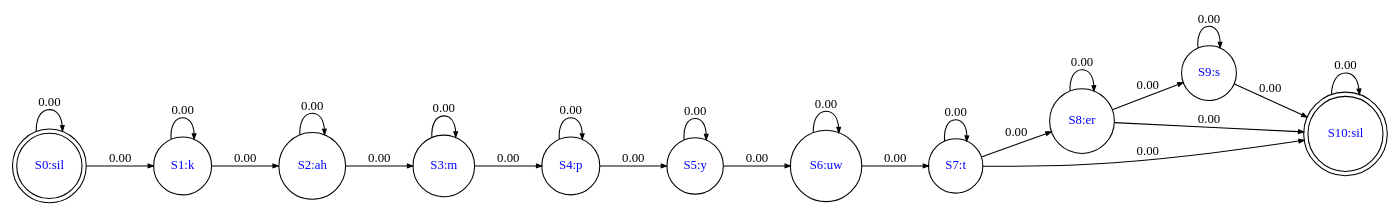
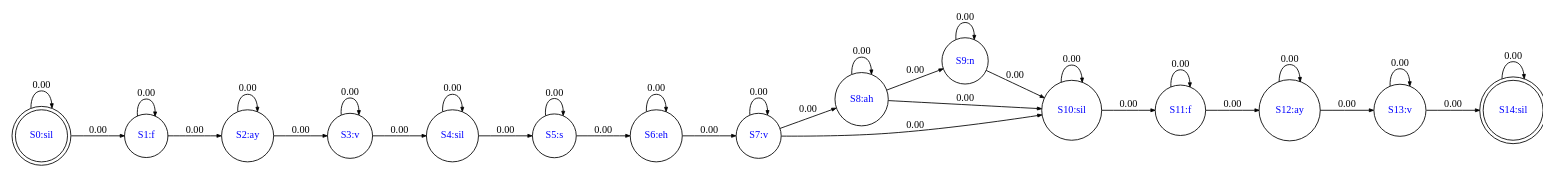
Before and after one commit to compi1234/spchlab: the diagram in lab09_hmm2/HMM.gv, drawn with Graphviz. The commit also changed 5 other files, not shown here.

```diff
--- a/lab09_hmm2/HMM.gv
+++ b/lab09_hmm2/HMM.gv
@@ -1,40 +1,52 @@
 digraph HMM {
 	rank=same rankdir=LR size=20 splines=true
 	node [fillcolor=blue fontcolor=blue fontsize=12 group=base shape=circle]
 	edge [arrowsize=0.5 fontsize=12]
-	S1 [label="S1:k"]
-	S2 [label="S2:ah"]
-	S3 [label="S3:m"]
-	S4 [label="S4:p"]
-	S5 [label="S5:y"]
-	S6 [label="S6:uw"]
-	S7 [label="S7:t"]
-	S8 [label="S8:er"]
-	S9 [label="S9:s"]
+	S1 [label="S1:f"]
+	S2 [label="S2:ay"]
+	S3 [label="S3:v"]
+	S4 [label="S4:sil"]
+	S5 [label="S5:s"]
+	S6 [label="S6:eh"]
+	S7 [label="S7:v"]
+	S8 [label="S8:ah"]
+	S9 [label="S9:n"]
+	S10 [label="S10:sil"]
+	S11 [label="S11:f"]
+	S12 [label="S12:ay"]
+	S13 [label="S13:v"]
 	node [shape=doublecircle]
 	S0 [label="S0:sil"]
-	S10 [label="S10:sil"]
+	S14 [label="S14:sil"]
 	S0 -> S0 [label=0.00]
 	S0 -> S1 [label=0.00]
 	S1 -> S1 [label=0.00]
 	S1 -> S2 [label=0.00]
 	S2 -> S2 [label=0.00]
 	S2 -> S3 [label=0.00]
 	S3 -> S3 [label=0.00]
 	S3 -> S4 [label=0.00]
 	S4 -> S4 [label=0.00]
 	S4 -> S5 [label=0.00]
 	S5 -> S5 [label=0.00]
 	S5 -> S6 [label=0.00]
 	S6 -> S6 [label=0.00]
 	S6 -> S7 [label=0.00]
 	S7 -> S7 [label=0.00]
 	S7 -> S8 [label=0.00]
 	S7 -> S10 [label=0.00]
 	S8 -> S8 [label=0.00]
 	S8 -> S9 [label=0.00]
 	S8 -> S10 [label=0.00]
 	S9 -> S9 [label=0.00]
 	S9 -> S10 [label=0.00]
 	S10 -> S10 [label=0.00]
+	S10 -> S11 [label=0.00]
+	S11 -> S11 [label=0.00]
+	S11 -> S12 [label=0.00]
+	S12 -> S12 [label=0.00]
+	S12 -> S13 [label=0.00]
+	S13 -> S13 [label=0.00]
+	S13 -> S14 [label=0.00]
+	S14 -> S14 [label=0.00]
 }
```
